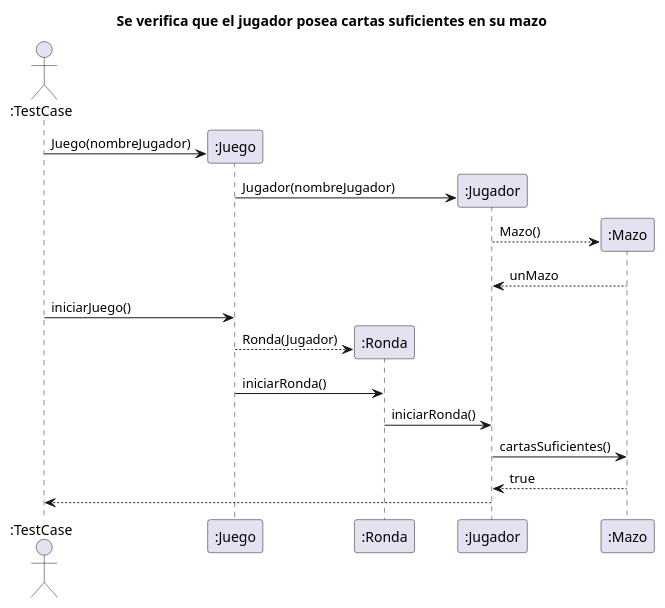
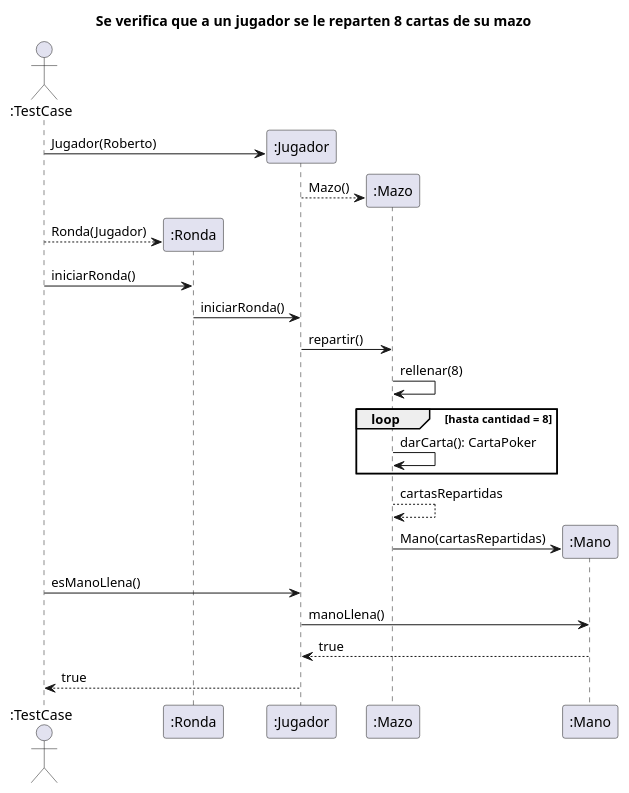
One commit to carruizdiaz1109/UBAlatro changed the diagram in diagrams/sequences/Entrega1/test02.puml. Above: the diagram before and after it, drawn with PlantUML.

Commit message:
+DS test02

```diff
--- a/diagrams/sequences/Entrega1/test02.puml
+++ b/diagrams/sequences/Entrega1/test02.puml
@@ -1,24 +1,30 @@
 @startuml
 'https://plantuml.com/sequence-diagram
 
-title Se verifica que el jugador posea cartas suficientes en su mazo
+title Se verifica que a un jugador se le reparten 8 cartas de su mazo
+
 actor ":TestCase" as user
-participant ":Juego" as juego
 participant ":Ronda" as ronda
 participant ":Jugador" as jugador
 participant ":Mazo" as mazo
+participant ":Mano" as mano
 
-user -> juego**: Juego(nombreJugador)
-juego -> jugador**: Jugador(nombreJugador)
-jugador --> mazo **: Mazo()
-mazo --> jugador: unMazo
-user -> juego: iniciarJuego()
+user -> jugador**: Jugador(Roberto)
+    jugador --> mazo **: Mazo()
 
-juego --> ronda**: Ronda(Jugador)
-juego -> ronda: iniciarRonda()
-ronda -> jugador: iniciarRonda()
-jugador -> mazo: cartasSuficientes()
-mazo --> jugador: true
+user --> ronda**: Ronda(Jugador)
 
-jugador --> user
+user -> ronda: iniciarRonda()
+    ronda -> jugador: iniciarRonda()
+        jugador -> mazo: repartir()
+            mazo -> mazo: rellenar(8)
+                loop hasta cantidad = 8
+                    mazo -> mazo: darCarta(): CartaPoker
+                end
+            mazo --> mazo: cartasRepartidas
+        mazo -> mano**: Mano(cartasRepartidas)
+user -> jugador: esManoLlena()
+    jugador -> mano: manoLlena()
+    mano --> jugador: true
+jugador --> user: true
 @enduml
```
